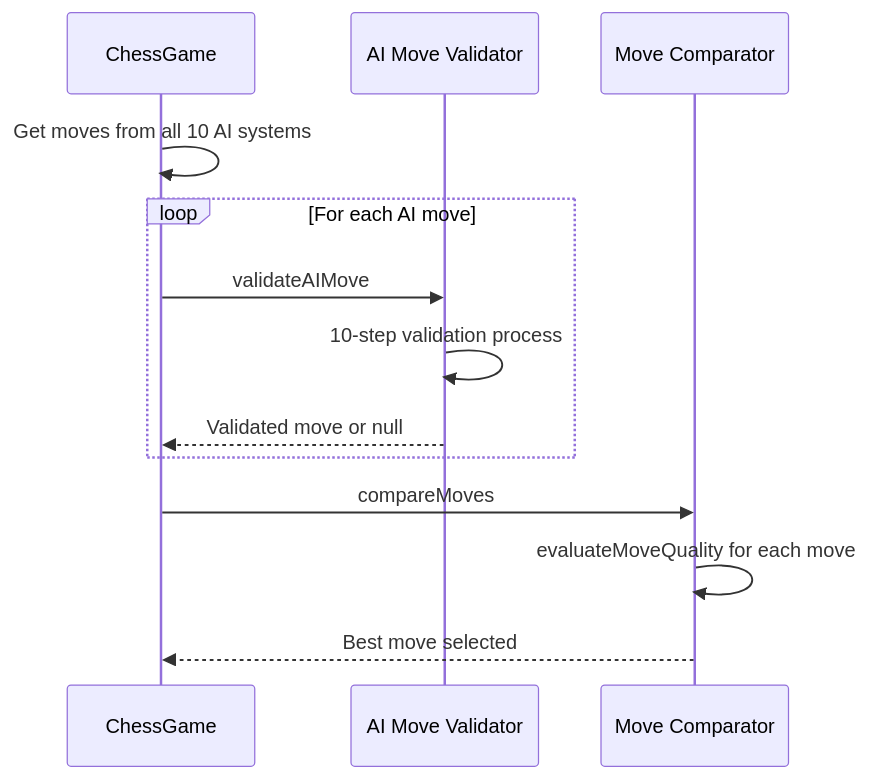
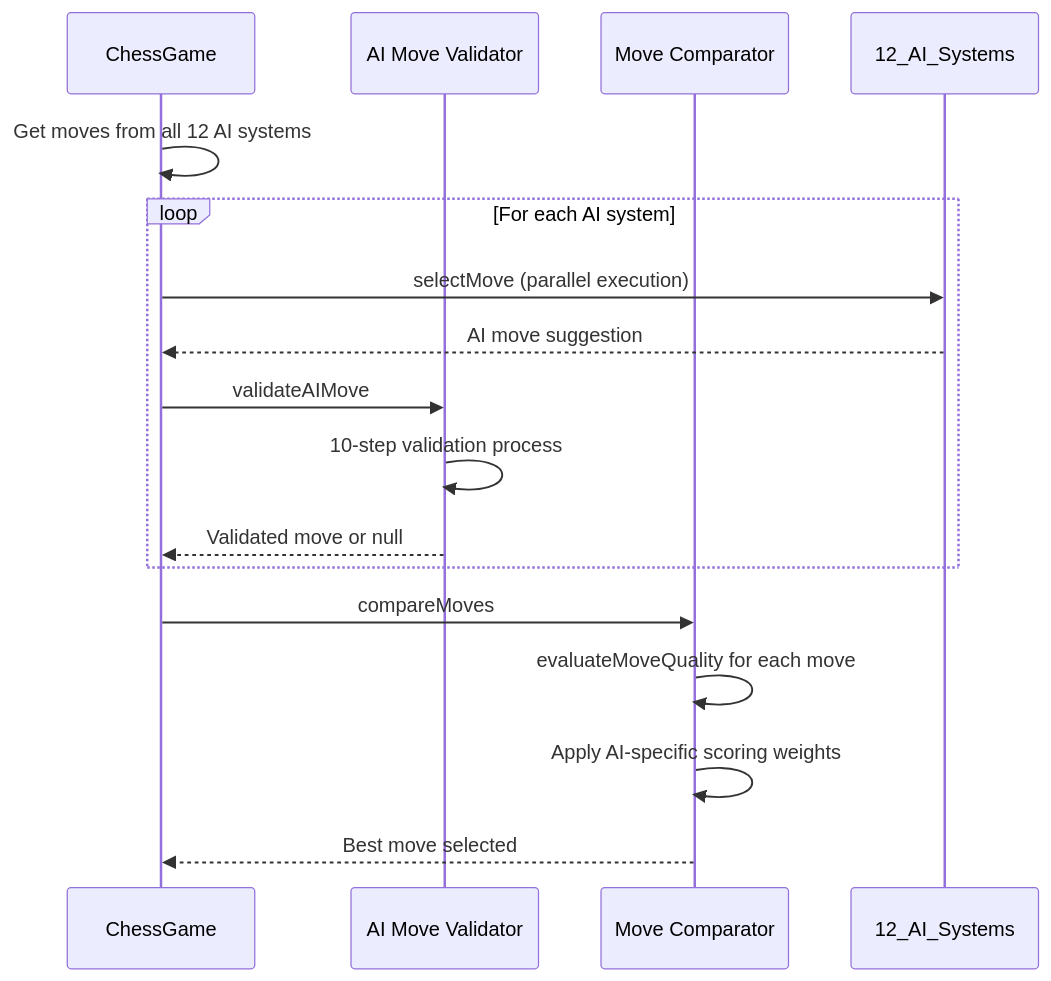
The third of 4 diagrams in docs/ChessGame_Sequence_Diagram.md (premkumardevadason/chess), drawn with Mermaid before and after one commit. The commit also changed other lines of this file and 1 other file, not shown here.

First line of the commit message:
Update sequence diagrams for refactored chess architecture and MCP integration

````diff
--- a/docs/ChessGame_Sequence_Diagram.md
+++ b/docs/ChessGame_Sequence_Diagram.md
@@ -160,16 +183,20 @@
 ```mermaid
 sequenceDiagram
     participant ChessGame
     participant AIValidator as AI Move Validator
     participant Comparator as Move Comparator
+    participant AISystems as 12_AI_Systems
 
-    ChessGame->>ChessGame: Get moves from all 10 AI systems
-    loop For each AI move
+    ChessGame->>ChessGame: Get moves from all 12 AI systems
+    loop For each AI system
+        ChessGame->>AISystems: selectMove (parallel execution)
+        AISystems-->>ChessGame: AI move suggestion
         ChessGame->>AIValidator: validateAIMove
         AIValidator->>AIValidator: 10-step validation process
         AIValidator-->>ChessGame: Validated move or null
     end
     ChessGame->>Comparator: compareMoves
     Comparator->>Comparator: evaluateMoveQuality for each move
+    Comparator->>Comparator: Apply AI-specific scoring weights
     Comparator-->>ChessGame: Best move selected
 ```
````
